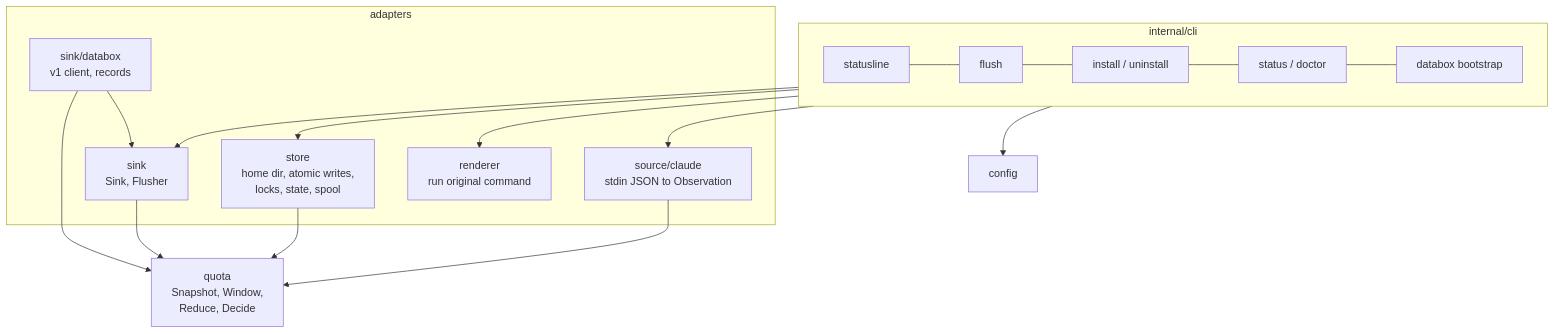
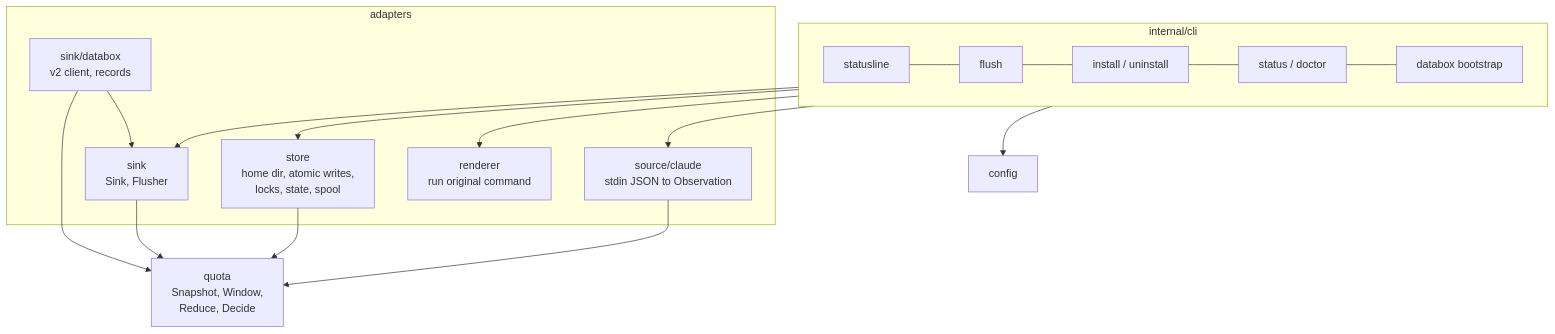
The first of 2 diagrams in docs/spec/gaugewire/architecture.md (sulcer/gaugewire), drawn with Mermaid before and after one commit. The commit also changed other lines of this file and 10 other files, not shown here.

Commit message:
docs: record the move of the databox sink to the v2 api

````diff
--- a/docs/spec/gaugewire/architecture.md
+++ b/docs/spec/gaugewire/architecture.md
@@ -14,21 +14,21 @@
 ```mermaid
 flowchart TB
     subgraph cli [internal/cli]
         SL[statusline] --- FL[flush] --- IN[install / uninstall] --- ST[status / doctor] --- BS[databox bootstrap]
     end
     subgraph adapters
         SRC["source/claude<br/>stdin JSON to Observation"]
         REN[renderer<br/>run original command]
         STO[store<br/>home dir, atomic writes,<br/>locks, state, spool]
         SNK[sink<br/>Sink, Flusher]
-        DBX[sink/databox<br/>v1 client, records]
+        DBX[sink/databox<br/>v2 client, records]
     end
     Q[quota<br/>Snapshot, Window,<br/>Reduce, Decide]
     CFG[config]
     cli --> SRC & REN & STO & SNK & CFG
     SRC --> Q
     STO --> Q
     SNK --> Q
     DBX --> SNK
     DBX --> Q
 ```
````
